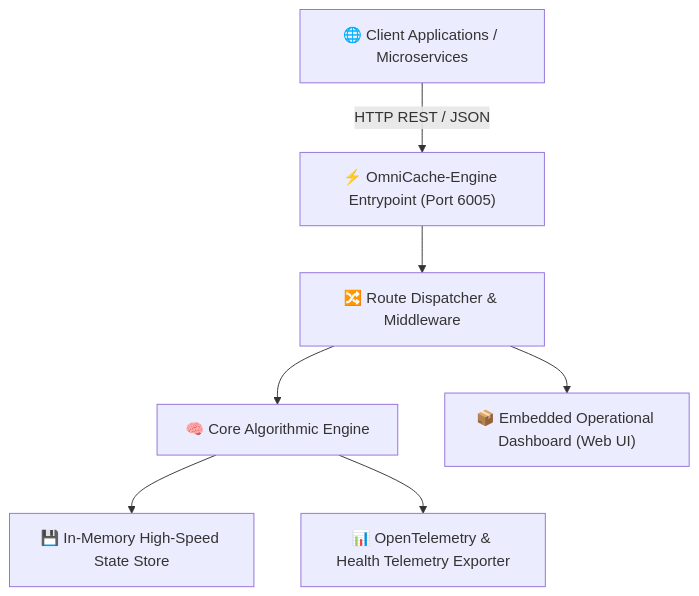
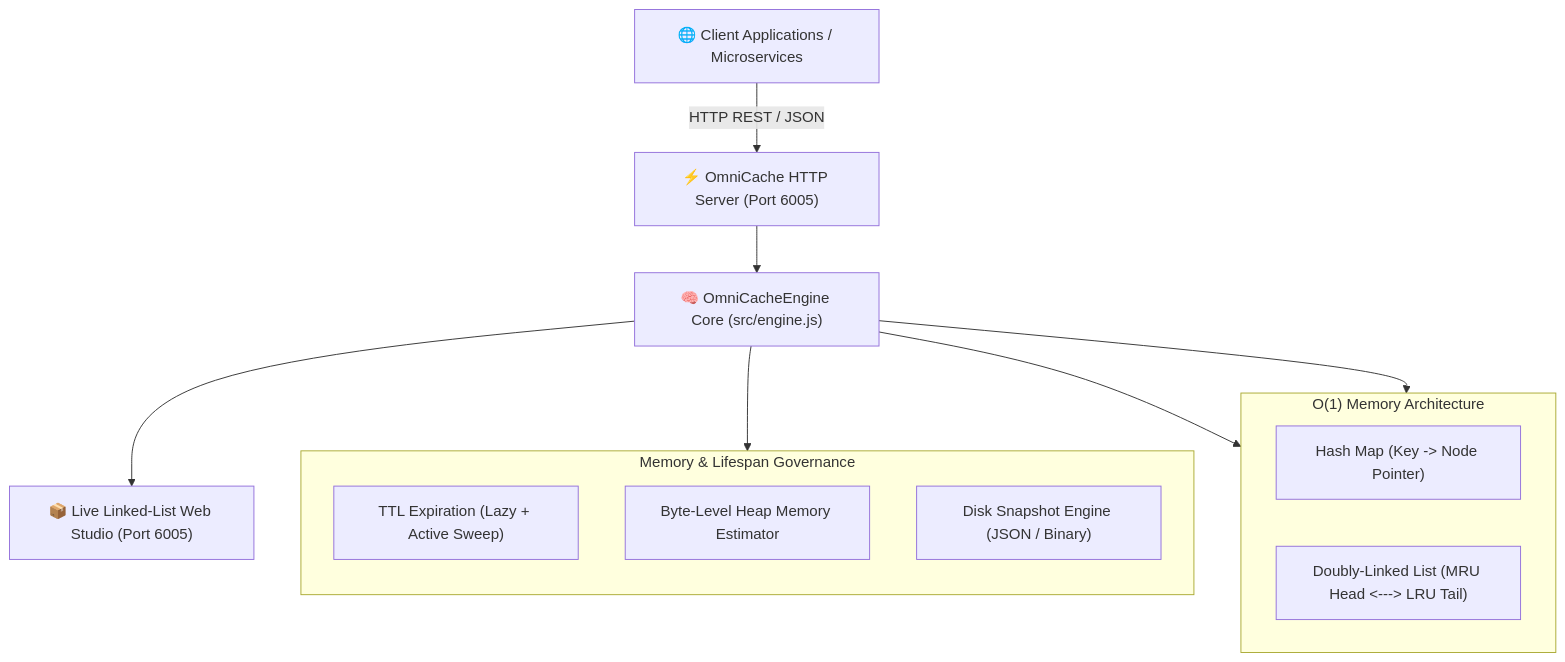
The diagram in README.md (alinurettin/OmniCache-Engine), drawn with Mermaid before and after one commit. The commit also changed other lines of this file and 8 other files, not shown here.

Commit message:
feat(core): major architectural upgrade to OmniCache-Engine with O(1) Doubly-Linked List LRU and visual chain (30/30 assertions passed)

````diff
--- a/README.md
+++ b/README.md
@@ -22,9 +22,24 @@
 ```mermaid
 flowchart TD
-    Client["🌐 Client Applications / Microservices"] -->|HTTP REST / JSON| Gateway["⚡ OmniCache-Engine Entrypoint (Port 6005)"]
-    Gateway --> Router["🔀 Route Dispatcher & Middleware"]
-    Router --> Engine["🧠 Core Algorithmic Engine"]
-    Engine --> Storage["💾 In-Memory High-Speed State Store"]
-    Router --> Static["📦 Embedded Operational Dashboard (Web UI)"]
-    Engine --> Metrics["📊 OpenTelemetry & Health Telemetry Exporter"]
+    Client["🌐 Client Applications / Microservices"] -->|HTTP REST / JSON| Server["⚡ OmniCache HTTP Server (Port 6005)"]
+    Server --> Engine["🧠 OmniCacheEngine Core (src/engine.js)"]
+    
+    subgraph DataStructures["O(1) Memory Architecture"]
+        direction LR
+        HashMap["Hash Map (Key -> Node Pointer)"]
+        DLL["Doubly-Linked List (MRU Head <---> LRU Tail)"]
+    end
+    
+    Engine --> HashMap
+    Engine --> DLL
+    
+    subgraph Policies["Memory & Lifespan Governance"]
+        direction TB
+        TTL["TTL Expiration (Lazy + Active Sweep)"]
+        ByteTracker["Byte-Level Heap Memory Estimator"]
+        Snapshot["Disk Snapshot Engine (JSON / Binary)"]
+    end
+    
+    Engine --> Policies
+    Engine --> Dashboard["📦 Live Linked-List Web Studio (Port 6005)"]
 ```
````
